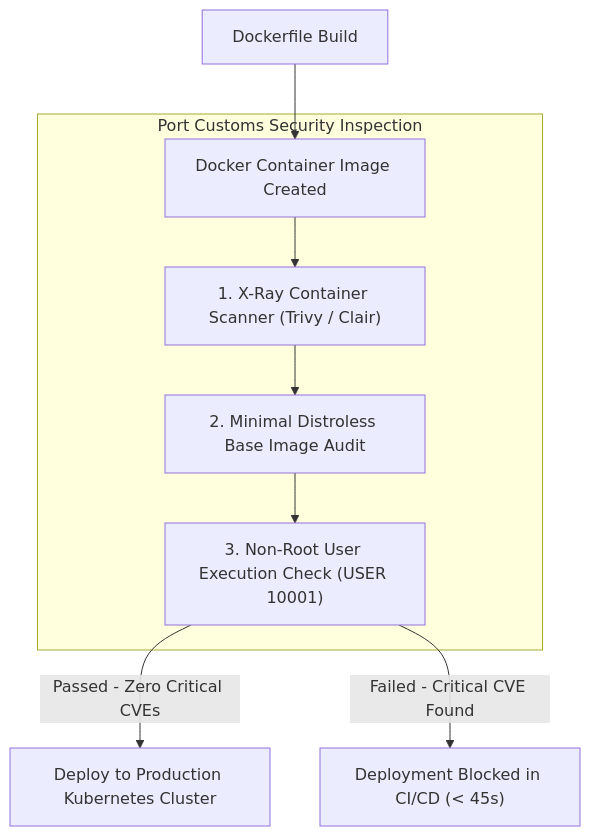
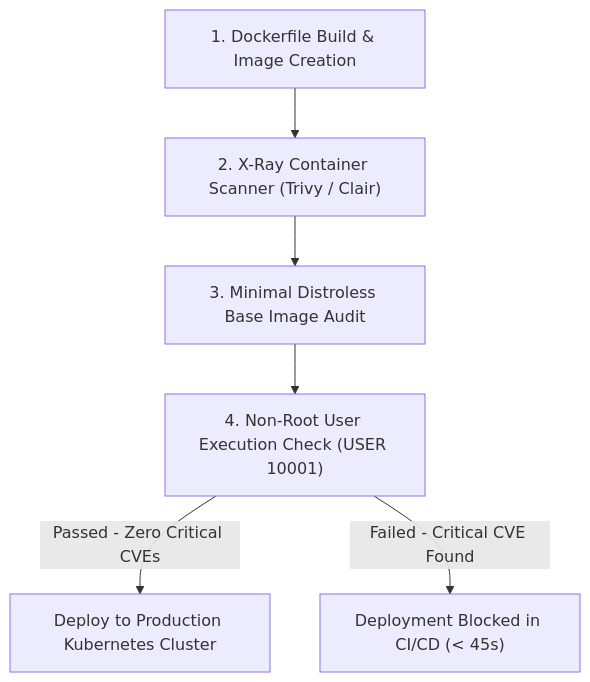
One commit to PankajKumarCTO/blog-store changed the first of 2 diagrams in users/pankajhyd/posts/container-security-scanning-inspecting-docker-images.md. Above: the diagram before and after it, drawn with Mermaid.

Commit message:
Simplify post-237 Mermaid diagram to clean linear graph

````diff
--- a/users/pankajhyd/posts/container-security-scanning-inspecting-docker-images.md
+++ b/users/pankajhyd/posts/container-security-scanning-inspecting-docker-images.md
@@ -61,13 +61,9 @@
 ```mermaid
 graph TD
-    Dockerfile["Dockerfile Build"] --> ImageBuild["Docker Container Image Created"]
+    Build["1. Dockerfile Build & Image Creation"] --> Scanner["2. X-Ray Container Scanner (Trivy / Clair)"]
+    Scanner --> Audit["3. Minimal Distroless Base Image Audit"]
+    Audit --> Privilege["4. Non-Root User Execution Check (USER 10001)"]
     
-    subgraph CustomsInspection["Port Customs Security Inspection"]
-        ImageBuild --> TrivyScan["1. X-Ray Container Scanner (Trivy / Clair)"]
-        TrivyScan --> MinimalBase["2. Minimal Distroless Base Image Audit"]
-        MinimalBase --> NonRootCheck["3. Non-Root User Execution Check (USER 10001)"]
-    end
-    
-    NonRootCheck -->|Passed - Zero Critical CVEs| K8sDeploy["Deploy to Production Kubernetes Cluster"]
-    NonRootCheck -->|Failed - Critical CVE Found| Blocked["Deployment Blocked in CI/CD (< 45s)"]
+    Privilege -->|Passed - Zero Critical CVEs| Deploy["Deploy to Production Kubernetes Cluster"]
+    Privilege -->|Failed - Critical CVE Found| Blocked["Deployment Blocked in CI/CD (< 45s)"]
 ```
````
